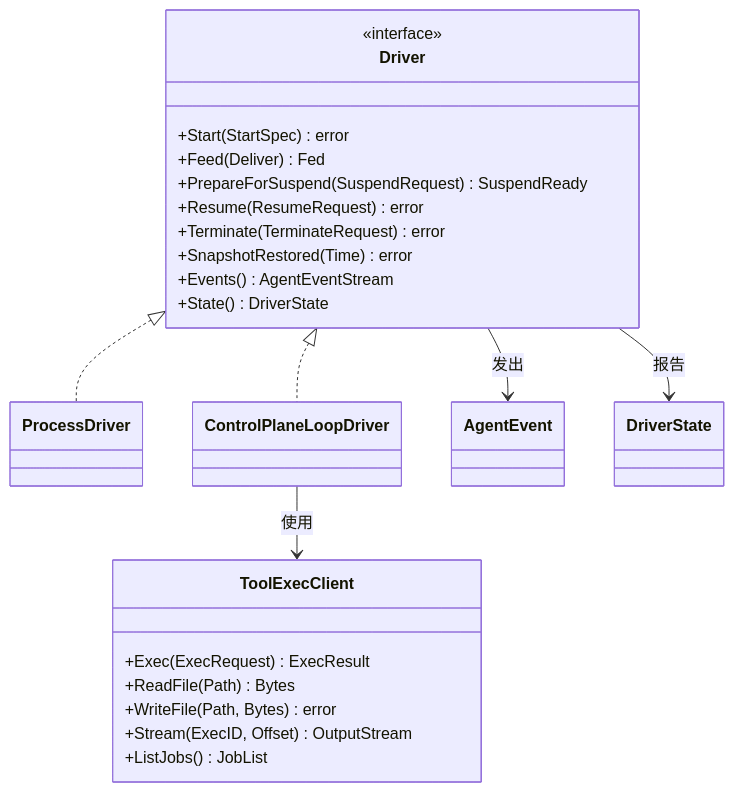
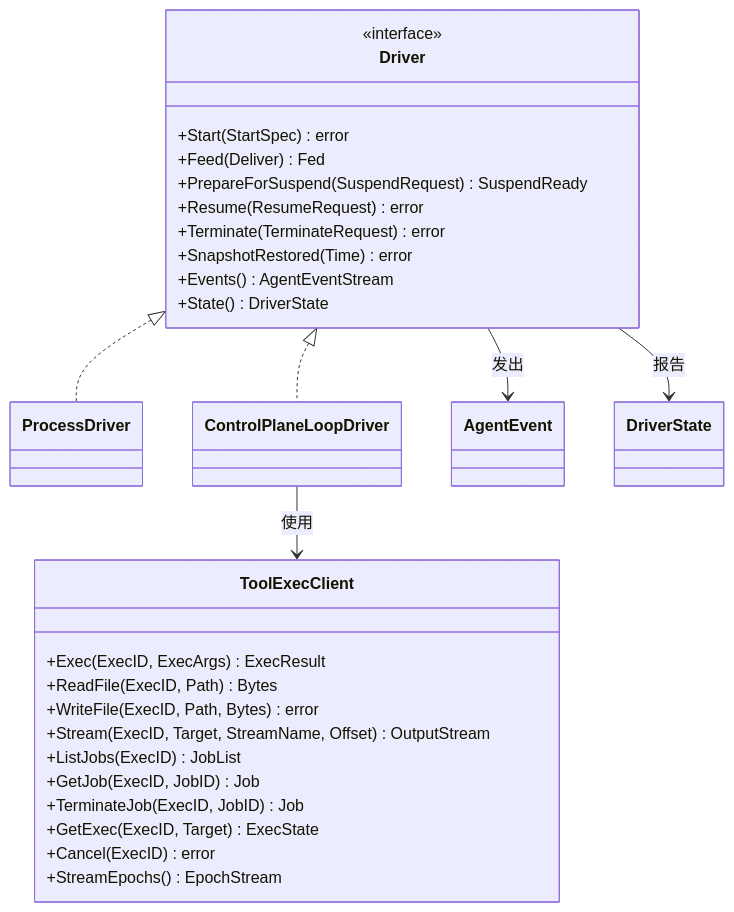
Before and after one commit to wangzw/castworks: the first of 2 diagrams in docs/design/modules/warden/design-warden-driver-native.md, drawn with Mermaid. The commit also changed other lines of this file and 35 other files, not shown here.

````diff
--- a/docs/design/modules/warden/design-warden-driver-native.md
+++ b/docs/design/modules/warden/design-warden-driver-native.md
@@ -206,30 +207,35 @@
 ```mermaid
 classDiagram
     class Driver {
         <<interface>>
         +Start(StartSpec) error
         +Feed(Deliver) Fed
         +PrepareForSuspend(SuspendRequest) SuspendReady
         +Resume(ResumeRequest) error
         +Terminate(TerminateRequest) error
         +SnapshotRestored(Time) error
         +Events() AgentEventStream
         +State() DriverState
     }
     class ProcessDriver
     class ControlPlaneLoopDriver
     class AgentEvent
     class DriverState
     class ToolExecClient {
-        +Exec(ExecRequest) ExecResult
-        +ReadFile(Path) Bytes
-        +WriteFile(Path, Bytes) error
-        +Stream(ExecID, Offset) OutputStream
-        +ListJobs() JobList
+        +Exec(ExecID, ExecArgs) ExecResult
+        +ReadFile(ExecID, Path) Bytes
+        +WriteFile(ExecID, Path, Bytes) error
+        +Stream(ExecID, Target, StreamName, Offset) OutputStream
+        +ListJobs(ExecID) JobList
+        +GetJob(ExecID, JobID) Job
+        +TerminateJob(ExecID, JobID) Job
+        +GetExec(ExecID, Target) ExecState
+        +Cancel(ExecID) error
+        +StreamEpochs() EpochStream
     }
     Driver <|.. ProcessDriver
     Driver <|.. ControlPlaneLoopDriver
     ControlPlaneLoopDriver --> ToolExecClient : 使用
     Driver --> AgentEvent : 发出
     Driver --> DriverState : 报告
 ```
````
